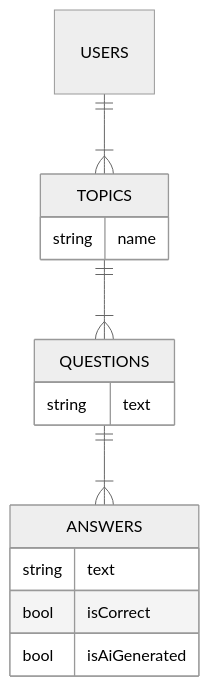
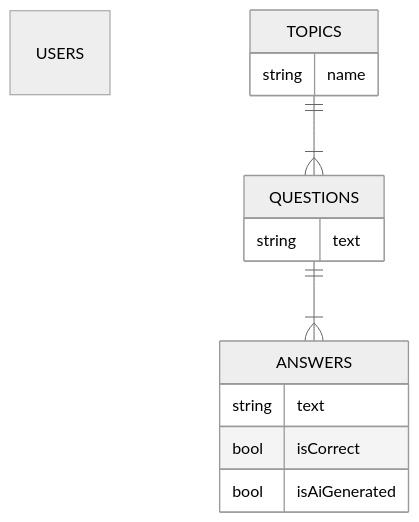
One commit to MegaThorx/mc-cardz changed the diagram in docs/01_database.md. Above: the diagram before and after it, drawn with Mermaid (neutral theme). The commit also changed 57 other files, not shown here.

````diff
--- a/docs/01_database.md
+++ b/docs/01_database.md
@@ -1,19 +1,18 @@
 ```mermaid
 erDiagram
     USERS
     TOPICS {
         string name
     }
     QUESTIONS {
         string text
     }
     ANSWERS {
         string text
         bool isCorrect
         bool isAiGenerated
     }
 
-    USERS ||--|{ TOPICS : ""
     TOPICS ||--|{ QUESTIONS : ""
     QUESTIONS ||--|{ ANSWERS : ""
 ```
````
